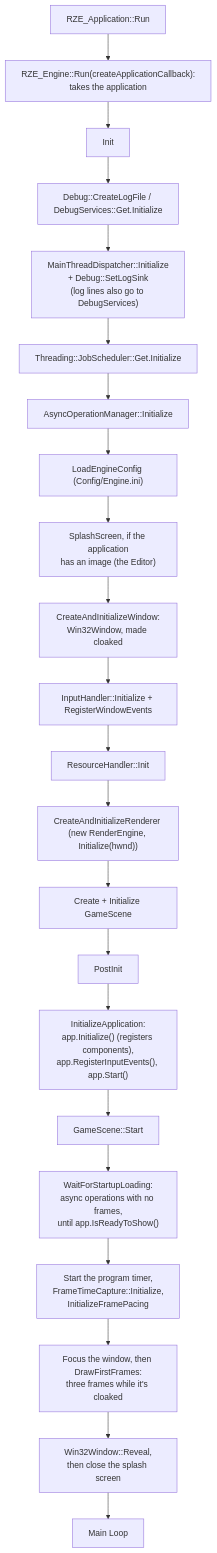
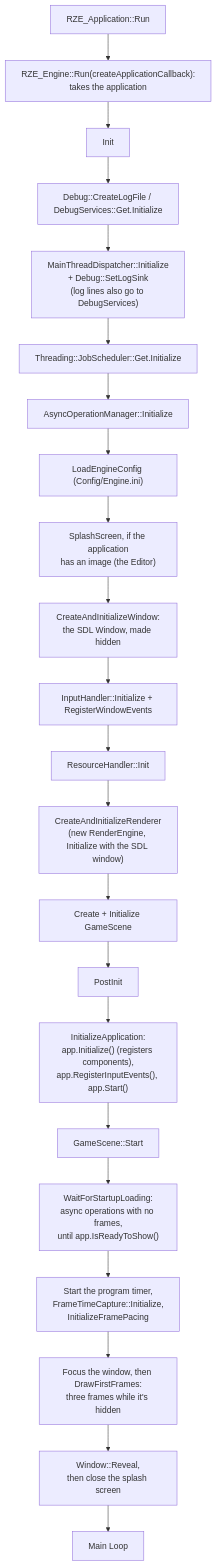
The first of 3 diagrams in Docs/Generated/Engine/02-Architecture/Engine-Startup-And-Frame-Loop.md (b1nary0/RZE), drawn with Mermaid before and after one commit. The commit also changed other lines of this file and 8 other files, not shown here.

````diff
--- a/Docs/Generated/Engine/02-Architecture/Engine-Startup-And-Frame-Loop.md
+++ b/Docs/Generated/Engine/02-Architecture/Engine-Startup-And-Frame-Loop.md
@@ -36,25 +36,25 @@
 ```mermaid
 %%{init: {'flowchart': {'subGraphTitleMargin': {'top': 6, 'bottom': 10}}, 'themeCSS': '.labelBkg, .edgeLabel { background-color: var(--background-primary) !important; } .messageText, .labelText, .loopText { paint-order: stroke; stroke: var(--background-primary); stroke-width: 5px; stroke-linejoin: round; }'}}%%
 flowchart TD
     A[RZE_Application::Run] --> B["RZE_Engine::Run(createApplicationCallback):<br/>takes the application"]
     B --> C[Init]
     C --> C1[Debug::CreateLogFile / DebugServices::Get.Initialize]
     C1 --> C1b["MainThreadDispatcher::Initialize<br/>+ Debug::SetLogSink<br/>(log lines also go to DebugServices)"]
     C1b --> C2[Threading::JobScheduler::Get.Initialize]
     C2 --> C2b[AsyncOperationManager::Initialize]
     C2b --> C3["LoadEngineConfig (Config/Engine.ini)"]
     C3 --> C3b["SplashScreen, if the application<br/>has an image (the Editor)"]
-    C3b --> C4["CreateAndInitializeWindow:<br/>Win32Window, made cloaked"]
+    C3b --> C4["CreateAndInitializeWindow:<br/>the SDL Window, made hidden"]
     C4 --> C5[InputHandler::Initialize + RegisterWindowEvents]
     C5 --> C6[ResourceHandler::Init]
-    C6 --> C7["CreateAndInitializeRenderer (new RenderEngine, Initialize(hwnd))"]
+    C6 --> C7["CreateAndInitializeRenderer<br/>(new RenderEngine, Initialize with the SDL window)"]
     C7 --> C8[Create + Initialize GameScene]
     C8 --> D[PostInit]
     D --> D2["InitializeApplication:<br/>app.Initialize() (registers components),<br/>app.RegisterInputEvents(), app.Start()"]
     D2 --> D3[GameScene::Start]
     D3 --> W["WaitForStartupLoading:<br/>async operations with no frames,<br/>until app.IsReadyToShow()"]
     W --> F["Start the program timer,<br/>FrameTimeCapture::Initialize,<br/>InitializeFramePacing"]
-    F --> G["Focus the window, then DrawFirstFrames:<br/>three frames while it's cloaked"]
-    G --> R["Win32Window::Reveal,<br/>then close the splash screen"]
+    F --> G["Focus the window, then DrawFirstFrames:<br/>three frames while it's hidden"]
+    G --> R["Window::Reveal,<br/>then close the splash screen"]
     R --> E[Main Loop]
 ```
````
